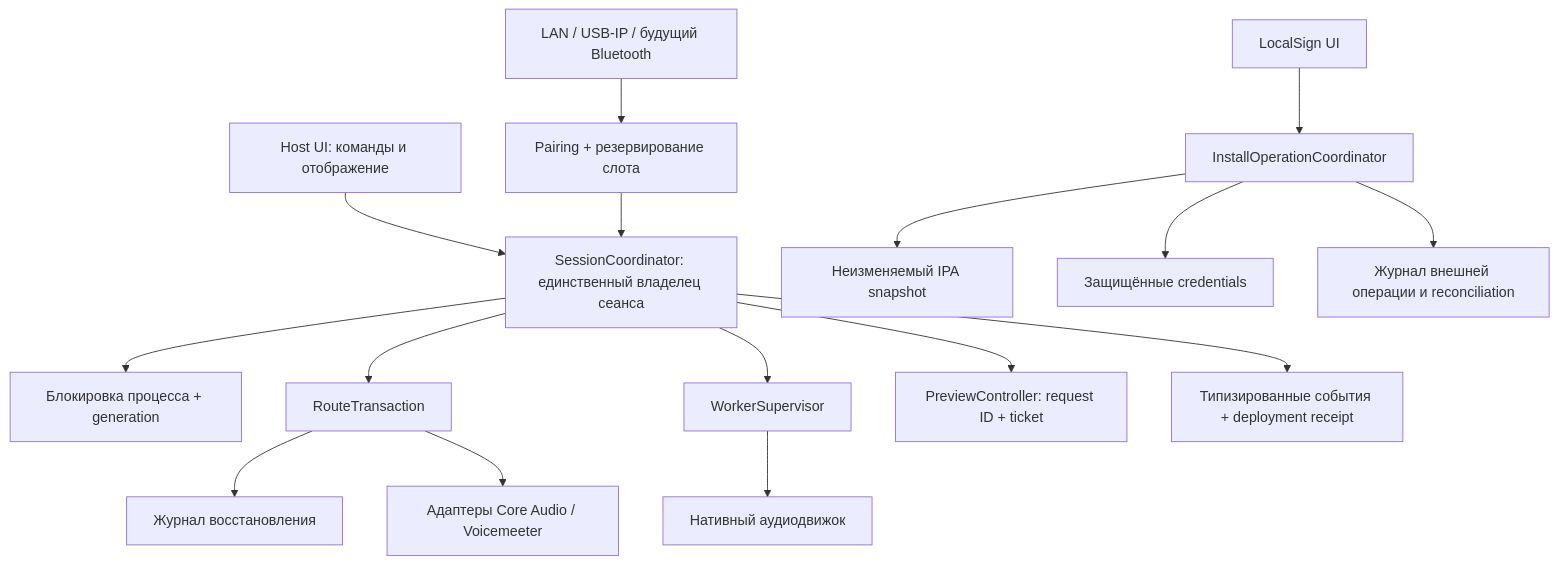
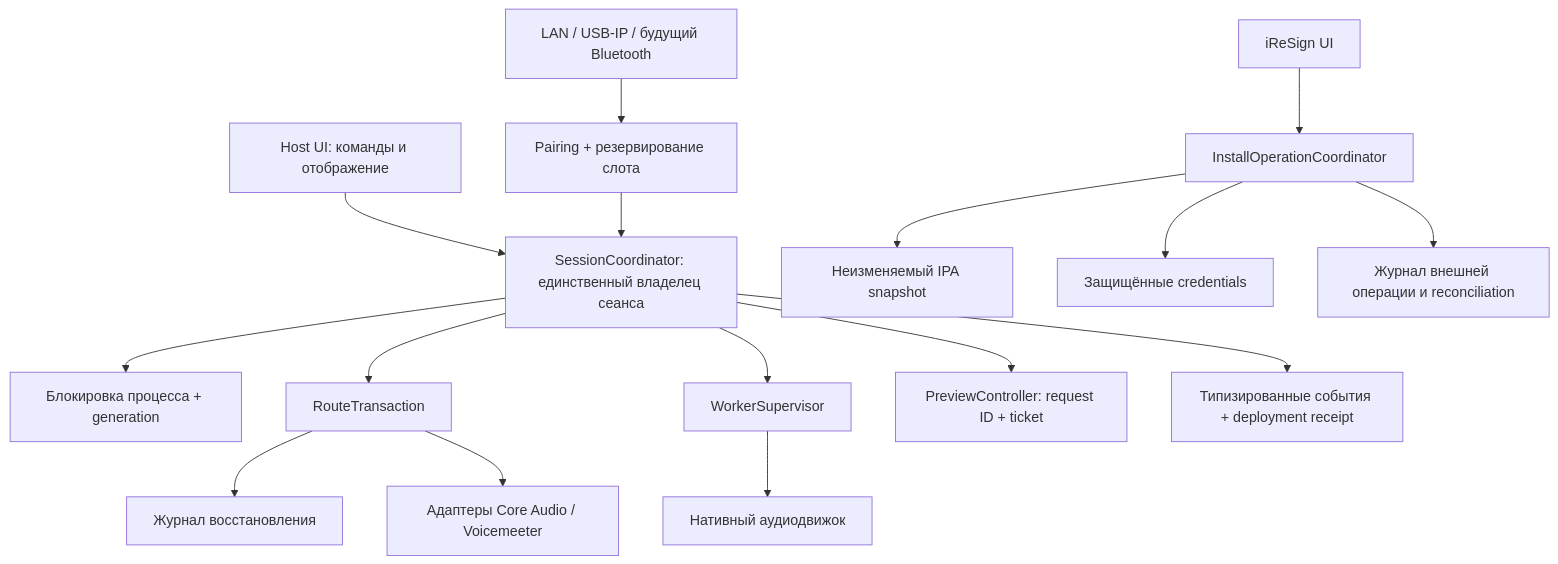
Before and after one commit to smmisha/RemonteVoice: the third of 4 diagrams in ARCHITECTURE.md, drawn with Mermaid. The commit also changed other lines of this file and 362 other files, not shown here.

````diff
--- a/ARCHITECTURE.md
+++ b/ARCHITECTURE.md
@@ -190,18 +190,18 @@
 ```mermaid
 flowchart TB
     UI[Host UI: команды и отображение] --> SC[SessionCoordinator: единственный владелец сеанса]
     TR[LAN / USB-IP / будущий Bluetooth] --> AUTH[Pairing + резервирование слота]
     AUTH --> SC
     SC --> LEASE[Блокировка процесса + generation]
     SC --> TX[RouteTransaction]
     TX --> REC[Журнал восстановления]
     TX --> OS[Адаптеры Core Audio / Voicemeeter]
     SC --> SUP[WorkerSupervisor]
     SUP --> MEDIA[Нативный аудиодвижок]
     SC --> PC[PreviewController: request ID + ticket]
     SC --> OBS[Типизированные события + deployment receipt]
-    LSUI[LocalSign UI] --> JOB[InstallOperationCoordinator]
+    LSUI[iReSign UI] --> JOB[InstallOperationCoordinator]
     JOB --> STAGE[Неизменяемый IPA snapshot]
     JOB --> SECRET[Защищённые credentials]
     JOB --> JOURNAL[Журнал внешней операции и reconciliation]
 ```
````
